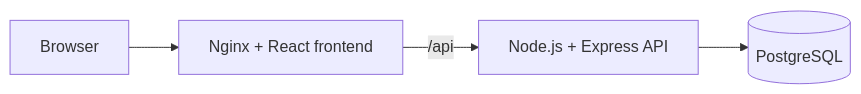
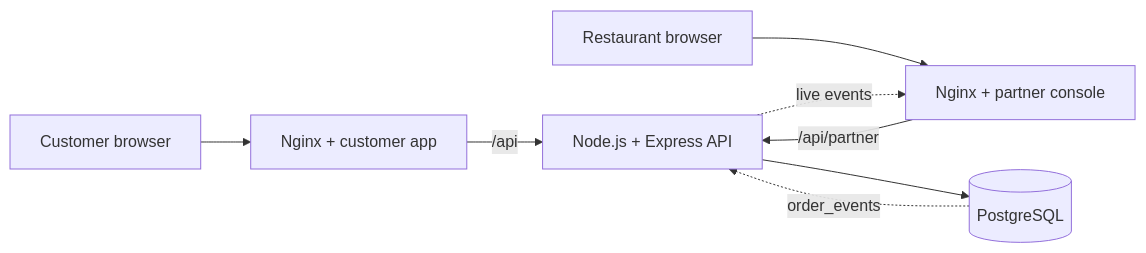
The first of 2 diagrams in README.md (paighanutkarsh2410-lab/swiggy-devsecops-app), drawn with Mermaid before and after one commit. The commit also changed other lines of this file and 46 other files, not shown here.

First line of the commit message:
Add a separate restaurant partner console with live orders (#16)

````diff
--- a/README.md
+++ b/README.md
@@ -9,6 +14,10 @@
 ```mermaid
 flowchart LR
-    User[Browser] --> Nginx[Nginx + React frontend]
-    Nginx -->|/api| API[Node.js + Express API]
+    Customer[Customer browser] --> Web[Nginx + customer app]
+    Partner[Restaurant browser] --> Console[Nginx + partner console]
+    Web -->|/api| API[Node.js + Express API]
+    Console -->|/api/partner| API
     API --> DB[(PostgreSQL)]
+    DB -. order_events .-> API
+    API -. live events .-> Console
 ```
````
